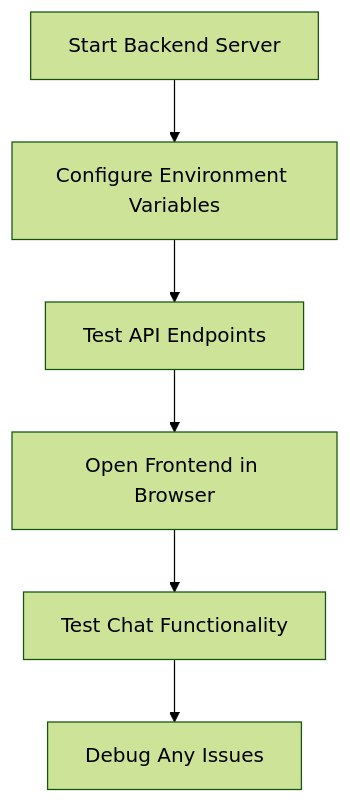
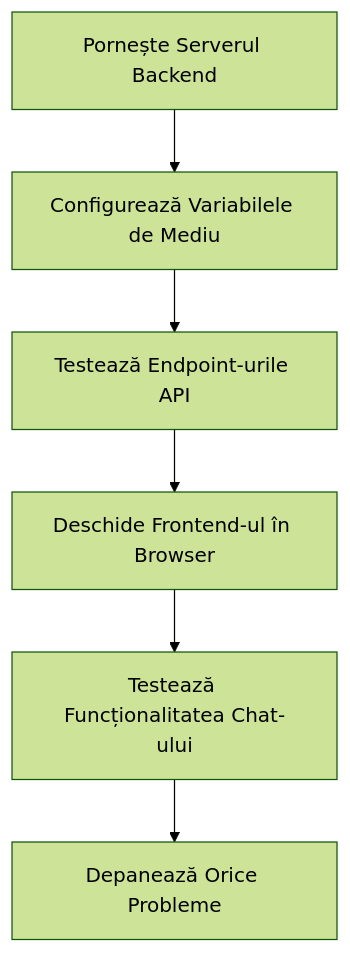
Diagram 12 of 14 in translations/ro/9-chat-project/README.md (microsoft/Web-Dev-For-Beginners), drawn with Mermaid (forest theme) before and after one commit. The commit also changed other lines of this file and 99 other files, not shown here.

````diff
--- a/translations/ro/9-chat-project/README.md
+++ b/translations/ro/9-chat-project/README.md
@@ -1808,8 +2012,8 @@
 ```mermaid
 graph TD
-    A[Start Backend Server] --> B[Configure Environment Variables]
-    B --> C[Test API Endpoints]
-    C --> D[Open Frontend in Browser]
-    D --> E[Test Chat Functionality]
-    E --> F[Debug Any Issues]
+    A[Pornește Serverul Backend] --> B[Configurează Variabilele de Mediu]
+    B --> C[Testează Endpoint-urile API]
+    C --> D[Deschide Frontend-ul în Browser]
+    D --> E[Testează Funcționalitatea Chat-ului]
+    E --> F[Depanează Orice Probleme]
 ```
````
